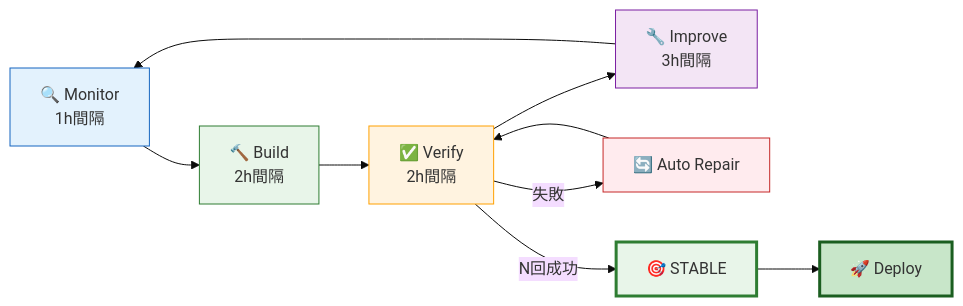
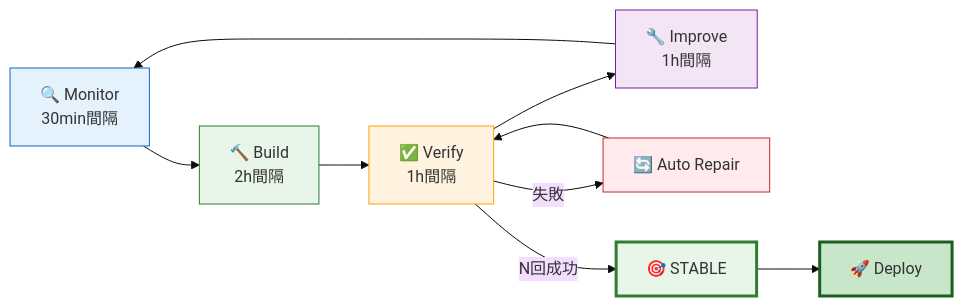
One commit to Kensan196948G/AEGIS-SIGHT changed the fourth of 4 diagrams in README.md. Above: the diagram before and after it, drawn with Mermaid (base theme). The commit also changed other lines of this file, not shown here.

````diff
--- a/README.md
+++ b/README.md
@@ -500,21 +482,21 @@
 ```mermaid
 graph LR
-    M["🔍 Monitor<br/>1h間隔"] --> B["🔨 Build<br/>2h間隔"]
-    B --> V["✅ Verify<br/>2h間隔"]
-    V --> I["🔧 Improve<br/>3h間隔"]
+    M["🔍 Monitor<br/>30min間隔"] --> B["🔨 Build<br/>2h間隔"]
+    B --> V["✅ Verify<br/>1h間隔"]
+    V --> I["🔧 Improve<br/>1h間隔"]
     I --> M
 
     V -->|失敗| R["🔄 Auto Repair"]
     R --> V
 
     V -->|N回成功| S["🎯 STABLE"]
     S --> D["🚀 Deploy"]
 
     style M fill:#E3F2FD,stroke:#1565C0
     style B fill:#E8F5E9,stroke:#2E7D32
     style V fill:#FFF3E0,stroke:#FFA000
     style I fill:#F3E5F5,stroke:#7B1FA2
     style R fill:#FFEBEE,stroke:#C62828
     style S fill:#E8F5E9,stroke:#2E7D32,stroke-width:3px
     style D fill:#C8E6C9,stroke:#1B5E20,stroke-width:3px
 ```
````
